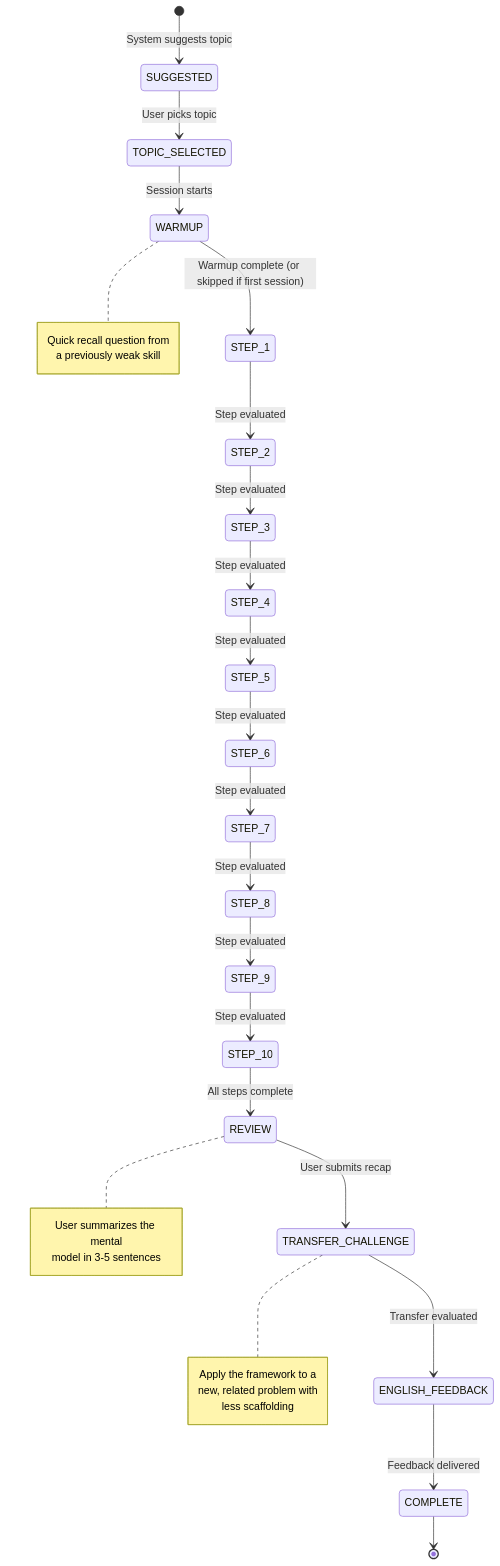
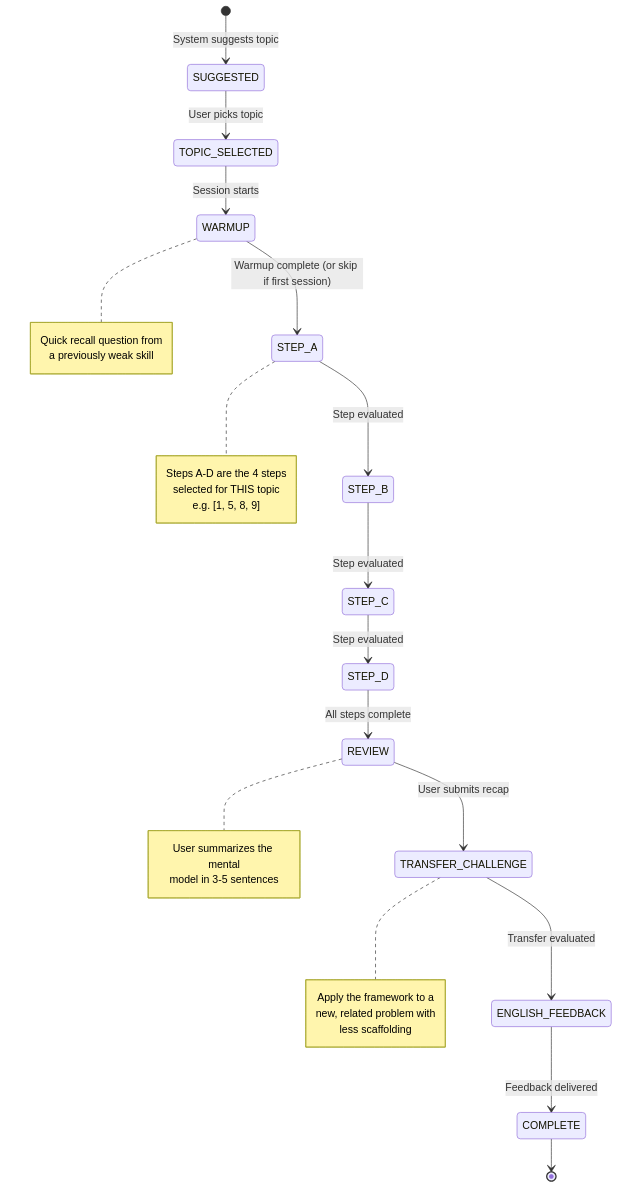
The first of 3 diagrams in docs/LEARNING_ENGINE.md (zayndotdev/build-mindset), drawn with Mermaid before and after one commit. The commit also changed other lines of this file and 10 other files, not shown here.

````diff
--- a/docs/LEARNING_ENGINE.md
+++ b/docs/LEARNING_ENGINE.md
@@ -32,40 +43,39 @@
 ```mermaid
 stateDiagram-v2
     [*] --> SUGGESTED : System suggests topic
     SUGGESTED --> TOPIC_SELECTED : User picks topic
     TOPIC_SELECTED --> WARMUP : Session starts
 
-    WARMUP --> STEP_1 : Warmup complete (or skipped if first session)
-
-    STEP_1 --> STEP_2 : Step evaluated
-    STEP_2 --> STEP_3 : Step evaluated
-    STEP_3 --> STEP_4 : Step evaluated
-    STEP_4 --> STEP_5 : Step evaluated
-    STEP_5 --> STEP_6 : Step evaluated
-    STEP_6 --> STEP_7 : Step evaluated
-    STEP_7 --> STEP_8 : Step evaluated
-    STEP_8 --> STEP_9 : Step evaluated
-    STEP_9 --> STEP_10 : Step evaluated
-    STEP_10 --> REVIEW : All steps complete
+    WARMUP --> STEP_A : Warmup complete (or skip if first session)
+    STEP_A --> STEP_B : Step evaluated
+    STEP_B --> STEP_C : Step evaluated
+    STEP_C --> STEP_D : Step evaluated
+    STEP_D --> REVIEW : All steps complete
 
     REVIEW --> TRANSFER_CHALLENGE : User submits recap
     TRANSFER_CHALLENGE --> ENGLISH_FEEDBACK : Transfer evaluated
     ENGLISH_FEEDBACK --> COMPLETE : Feedback delivered
     COMPLETE --> [*]
 
     note right of WARMUP
         Quick recall question from
         a previously weak skill
+    end note
+
+    note right of STEP_A
+        Steps A-D are the 4 steps
+        selected for THIS topic
+        e.g. [1, 5, 8, 9]
     end note
 
     note right of REVIEW
         User summarizes the mental
         model in 3-5 sentences
     end note
 
     note right of TRANSFER_CHALLENGE
         Apply the framework to a
         new, related problem with
         less scaffolding
     end note
 ```
````
